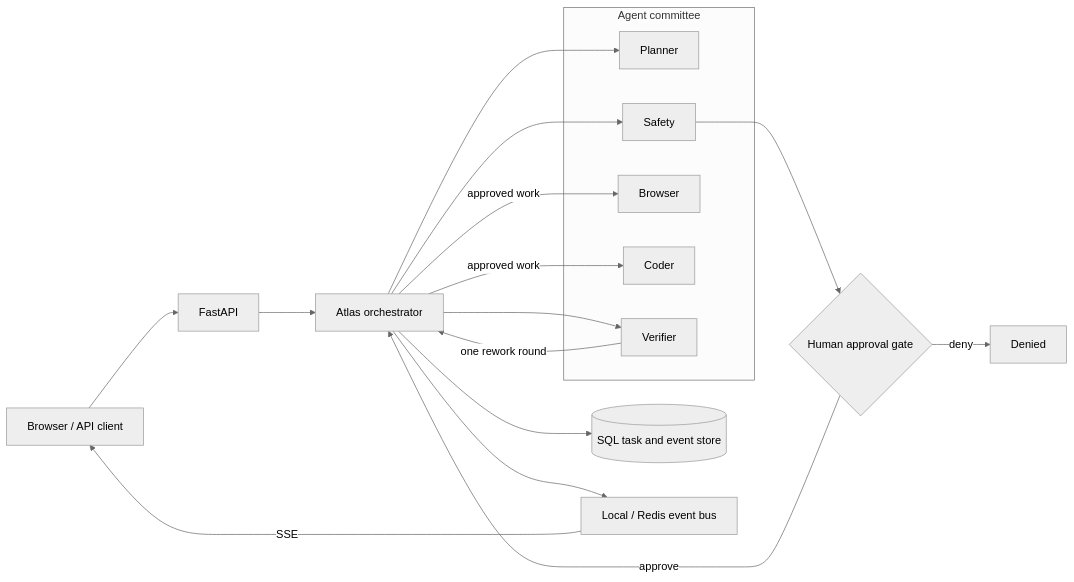
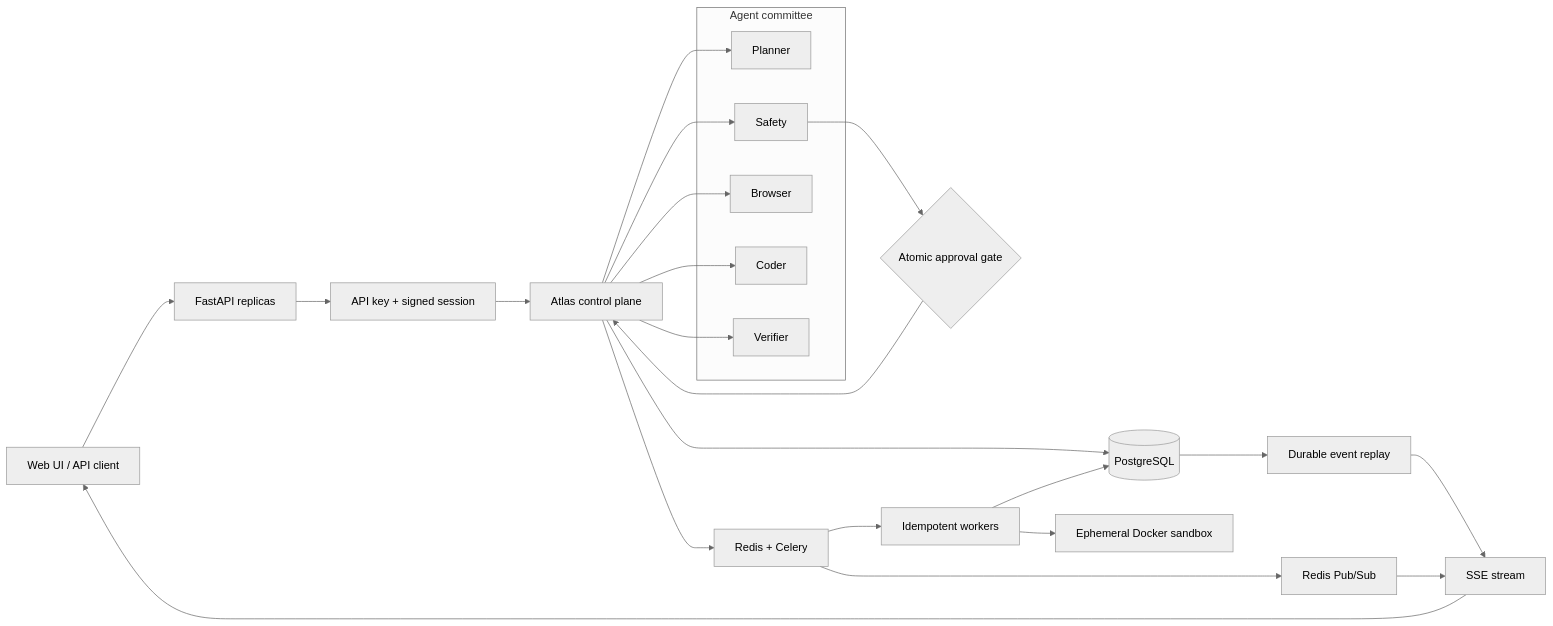
The diagram in README.md (xiyiji/atlas-llm-execution-agent), drawn with Mermaid (neutral theme) before and after one commit. The commit also changed other lines of this file and 28 other files, not shown here.

````diff
--- a/README.md
+++ b/README.md
@@ -36,28 +56,33 @@
 ```mermaid
 flowchart LR
-    CLIENT[Browser / API client] --> API[FastAPI]
-    API --> ORCH[Atlas orchestrator]
+    CLIENT[Web UI / API client] --> API[FastAPI replicas]
+    API --> AUTH[API key + signed session]
+    AUTH --> ORCH[Atlas control plane]
 
     subgraph COMMITTEE[Agent committee]
         PLAN[Planner]
         SAFE[Safety]
         BROWSE[Browser]
         CODE[Coder]
         VERIFY[Verifier]
     end
 
     ORCH --> PLAN
     ORCH --> SAFE
-    ORCH -->|approved work| BROWSE
-    ORCH -->|approved work| CODE
+    ORCH --> BROWSE
+    ORCH --> CODE
     ORCH --> VERIFY
+    SAFE --> GATE{Atomic approval gate}
+    GATE --> ORCH
 
-    SAFE --> GATE{Human approval gate}
-    GATE -->|approve| ORCH
-    GATE -->|deny| STOP[Denied]
-
-    ORCH --> DB[(SQL task and event store)]
-    ORCH --> BUS[Local / Redis event bus]
-    BUS -->|SSE| CLIENT
-    VERIFY -->|one rework round| ORCH
+    ORCH --> DB[(PostgreSQL)]
+    ORCH --> QUEUE[Redis + Celery]
+    QUEUE --> WORKER[Idempotent workers]
+    WORKER --> SANDBOX[Ephemeral Docker sandbox]
+    WORKER --> DB
+    DB --> REPLAY[Durable event replay]
+    QUEUE --> FANOUT[Redis Pub/Sub]
+    REPLAY --> SSE[SSE stream]
+    FANOUT --> SSE
+    SSE --> CLIENT
 ```
````
